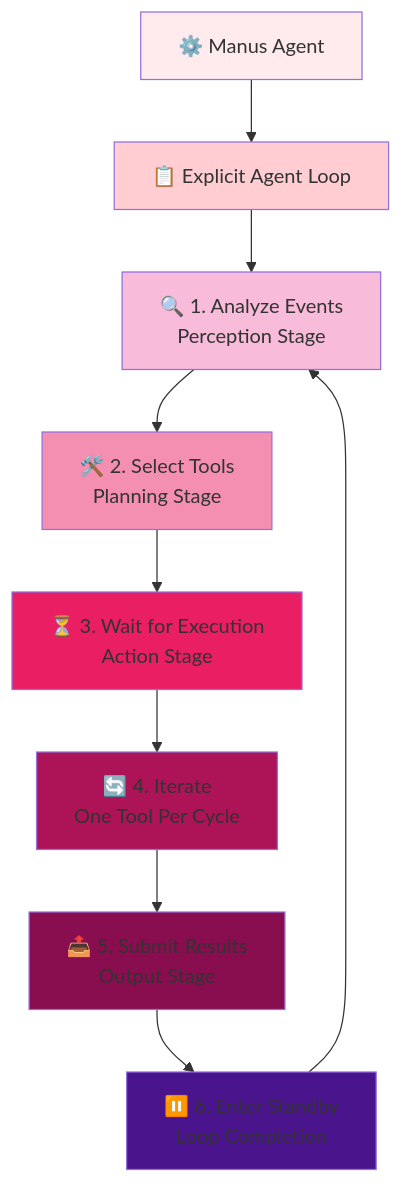
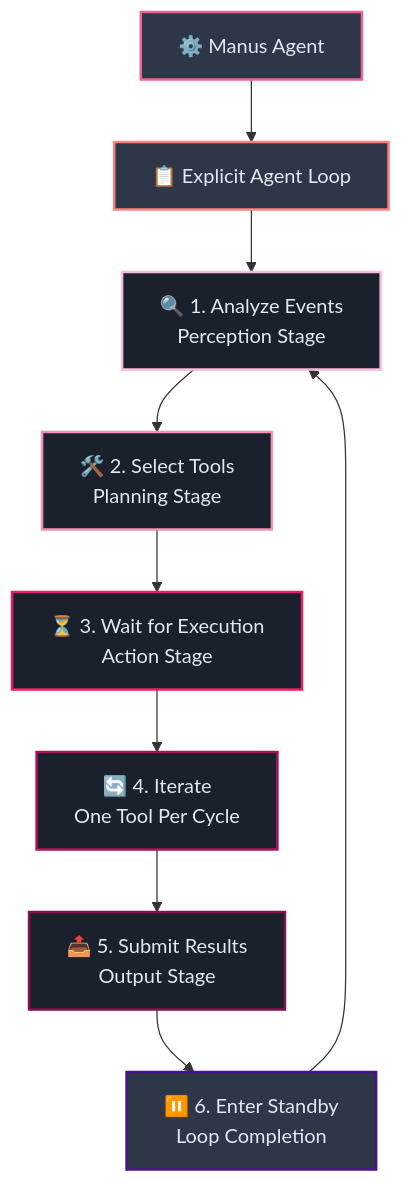
Before and after one commit to josemlopez/prompt_tutorial: the fourth of 9 diagrams in Part_II_Section_8_Case_Studies_Deconstructing_Real-World_Agent_Prompts.md, drawn with Mermaid. The commit also changed other lines of this file and 7 other files, not shown here.

````diff
--- a/Part_II_Section_8_Case_Studies_Deconstructing_Real-World_Agent_Prompts.md
+++ b/Part_II_Section_8_Case_Studies_Deconstructing_Real-World_Agent_Prompts.md
@@ -221,21 +233,21 @@
 ```mermaid
 graph TD
-    A[⚙️ Manus Agent] --> B[📋 Explicit Agent Loop]
-    
-    B --> C[🔍 1. Analyze Events<br/>Perception Stage]
-    C --> D[🛠️ 2. Select Tools<br/>Planning Stage]
-    D --> E[⏳ 3. Wait for Execution<br/>Action Stage]
-    E --> F[🔄 4. Iterate<br/>One Tool Per Cycle]
-    F --> G[📤 5. Submit Results<br/>Output Stage]
-    G --> H[⏸️ 6. Enter Standby<br/>Loop Completion]
-    H --> C
-    
-    style A fill:#ffebee
-    style B fill:#ffcdd2
-    style C fill:#f8bbd9
-    style D fill:#f48fb1
-    style E fill:#e91e63
-    style F fill:#ad1457
-    style G fill:#880e4f
-    style H fill:#4a148c
+   A[⚙️ Manus Agent] --> B[📋 Explicit Agent Loop]
+   
+   B --> C[🔍 1. Analyze Events<br/>Perception Stage]
+   C --> D[🛠️ 2. Select Tools<br/>Planning Stage]
+   D --> E[⏳ 3. Wait for Execution<br/>Action Stage]
+   E --> F[🔄 4. Iterate<br/>One Tool Per Cycle]
+   F --> G[📤 5. Submit Results<br/>Output Stage]
+   G --> H[⏸️ 6. Enter Standby<br/>Loop Completion]
+   H --> C
+   
+   style A fill:#2d3748,stroke:#f06292,stroke-width:2px,color:#e2e8f0
+   style B fill:#2d3748,stroke:#fc8181,stroke-width:2px,color:#e2e8f0
+   style C fill:#1a202c,stroke:#f8bbd9,stroke-width:2px,color:#e2e8f0
+   style D fill:#1a202c,stroke:#f48fb1,stroke-width:2px,color:#e2e8f0
+   style E fill:#1a202c,stroke:#e91e63,stroke-width:2px,color:#e2e8f0
+   style F fill:#1a202c,stroke:#ad1457,stroke-width:2px,color:#e2e8f0
+   style G fill:#1a202c,stroke:#880e4f,stroke-width:2px,color:#e2e8f0
+   style H fill:#2d3748,stroke:#4a148c,stroke-width:2px,color:#e2e8f0
 ```
````
